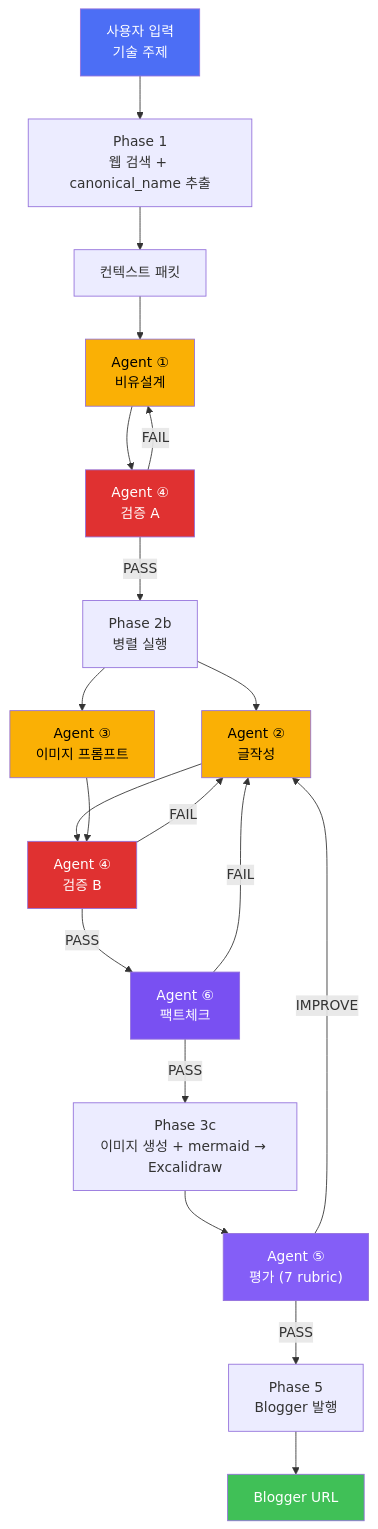
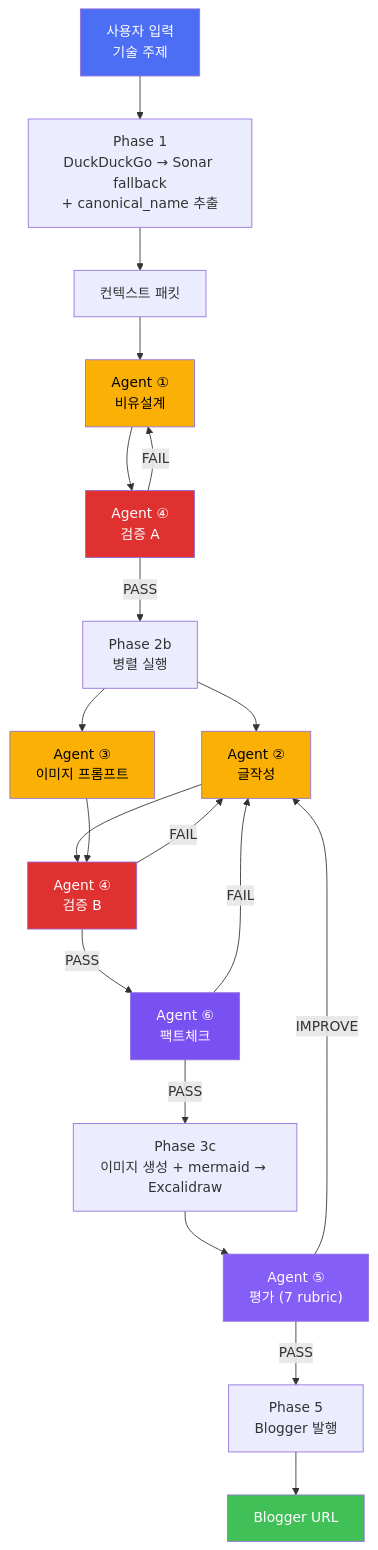
One commit to Technoetic/blog-generator changed the fifth of 11 diagrams in README.md. Above: the diagram before and after it, drawn with Mermaid. The commit also changed other lines of this file, not shown here.

First line of the commit message:
docs: README 최신화 — Sonar fallback, 헤딩 검증, 비용 버그

````diff
--- a/README.md
+++ b/README.md
@@ -250,35 +262,35 @@
 ```mermaid
 flowchart TD
-    USER["사용자 입력<br/>기술 주제"] --> P1["Phase 1<br/>웹 검색 + canonical_name 추출"]
+    USER["사용자 입력<br/>기술 주제"] --> P1["Phase 1<br/>DuckDuckGo → Sonar fallback<br/>+ canonical_name 추출"]
     P1 --> CTX["컨텍스트 패킷"]
     CTX --> AGENT1["Agent ①<br/>비유설계"]
     AGENT1 --> AGENT4A["Agent ④<br/>검증 A"]
     AGENT4A -->|PASS| PAR["Phase 2b<br/>병렬 실행"]
     AGENT4A -->|FAIL| AGENT1
 
     PAR --> AGENT2["Agent ②<br/>글작성"]
     PAR --> AGENT3["Agent ③<br/>이미지 프롬프트"]
 
     AGENT2 & AGENT3 --> AGENT4B["Agent ④<br/>검증 B"]
     AGENT4B -->|PASS| AGENT6["Agent ⑥<br/>팩트체크"]
     AGENT4B -->|FAIL| AGENT2
 
     AGENT6 -->|PASS| P3C["Phase 3c<br/>이미지 생성 + mermaid → Excalidraw"]
     AGENT6 -->|FAIL| AGENT2
 
     P3C --> AGENT5["Agent ⑤<br/>평가 (7 rubric)"]
     AGENT5 -->|PASS| P5["Phase 5<br/>Blogger 발행"]
     AGENT5 -->|IMPROVE| AGENT2
 
     P5 --> URL["Blogger URL"]
 
     style USER fill:#4c6ef5,color:#fff
     style AGENT1 fill:#fab005,color:#000
     style AGENT2 fill:#fab005,color:#000
     style AGENT3 fill:#fab005,color:#000
     style AGENT4A fill:#e03131,color:#fff
     style AGENT4B fill:#e03131,color:#fff
     style AGENT6 fill:#7950f2,color:#fff
     style AGENT5 fill:#845ef7,color:#fff
     style URL fill:#40c057,color:#fff
 ```
````
